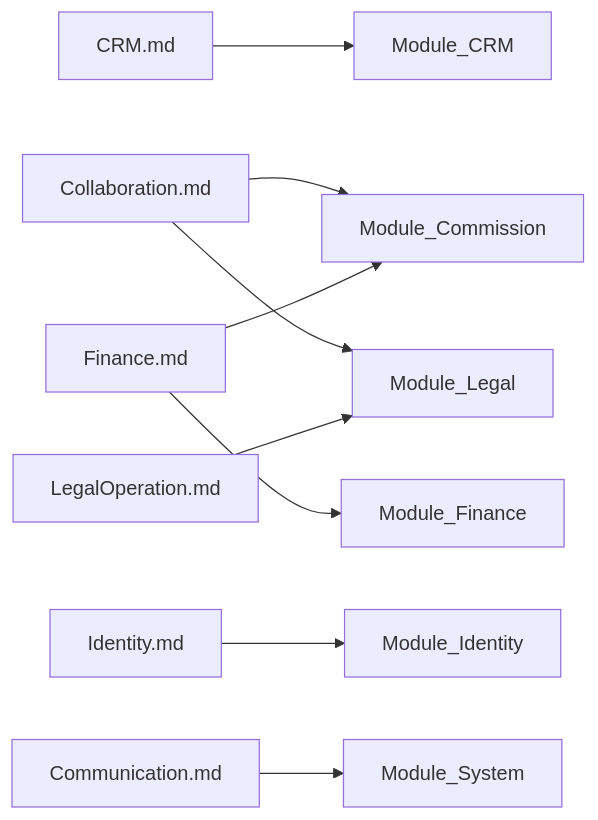
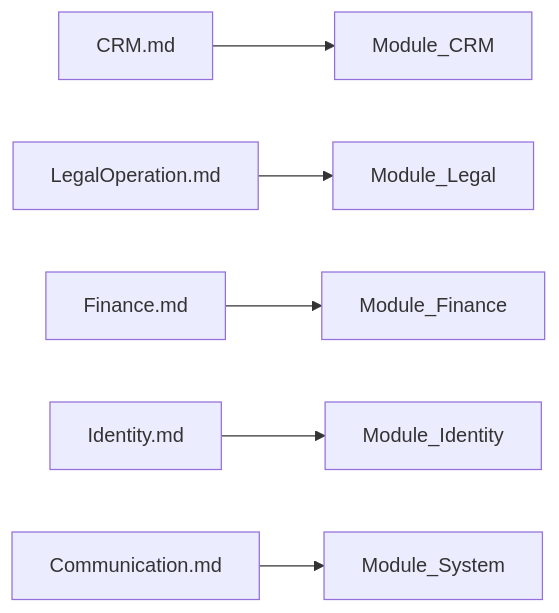
Before and after one commit to PNCTriet/DYN_CRM_BACKEND: the diagram in docs/02-domain/README.md, drawn with Mermaid. The commit also changed other lines of this file and 46 other files, not shown here.

````diff
--- a/docs/02-domain/README.md
+++ b/docs/02-domain/README.md
@@ -38,11 +40,8 @@
 ```mermaid
 flowchart LR
   CRM_Doc[CRM.md] --> M_CRM[Module_CRM]
-  Collab[Collaboration.md] --> M_Comm[Module_Commission]
-  Collab --> M_Legal[Module_Legal]
-  Legal[LegalOperation.md] --> M_Legal
+  Legal[LegalOperation.md] --> M_Legal[Module_Legal]
   Fin[Finance.md] --> M_Fin[Module_Finance]
-  Fin --> M_Comm
   Id[Identity.md] --> M_Id[Module_Identity]
   Comms[Communication.md] --> M_Sys[Module_System]
 ```
````
